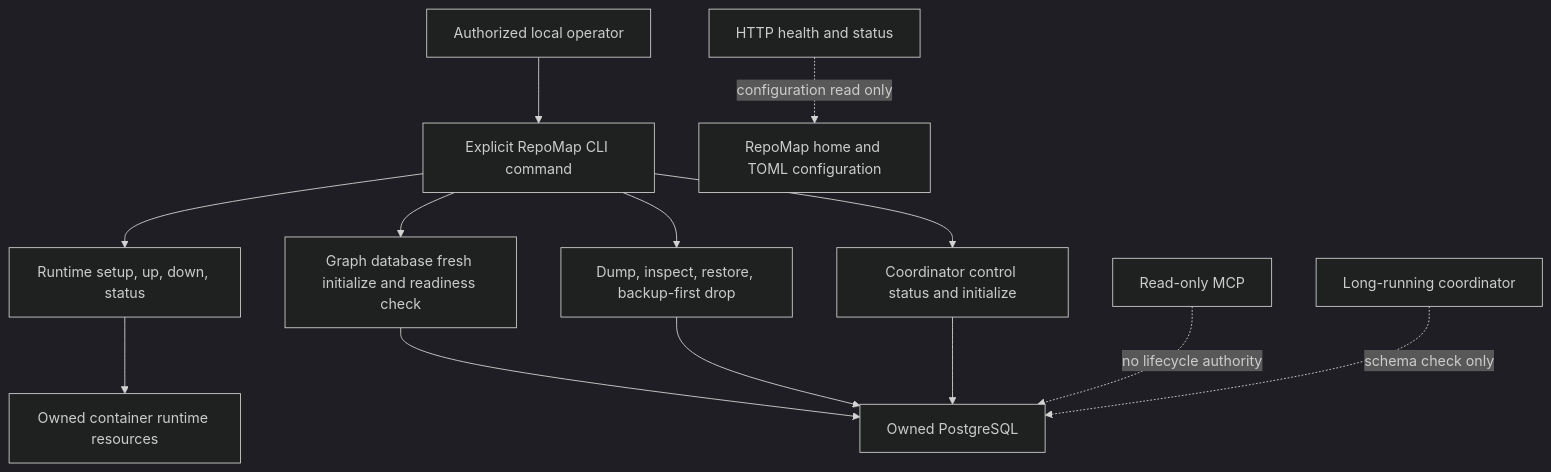
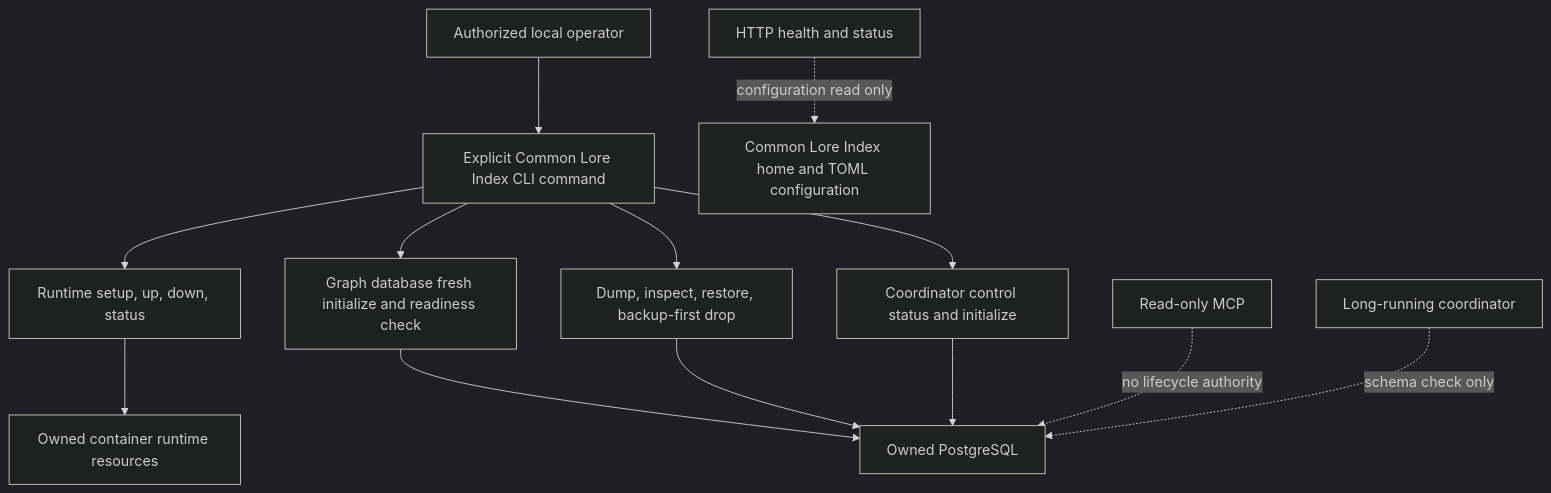
One commit to Knowledge-Forge-AI/repo-map changed the ninth of 10 diagrams in docs/specs/as-built-architecture.md. Above: the diagram before and after it, drawn with Mermaid (dark theme). The commit also changed other lines of this file and 149 other files, not shown here.

````diff
--- a/docs/specs/as-built-architecture.md
+++ b/docs/specs/as-built-architecture.md
@@ -1126,15 +1126,15 @@
 ```mermaid
 flowchart TB
-    User["Authorized local operator"] --> CLI["Explicit RepoMap CLI command"]
+    User["Authorized local operator"] --> CLI["Explicit Common Lore Index CLI command"]
     CLI --> Runtime["Runtime setup, up, down, status"]
     CLI --> GraphAdmin["Graph database fresh initialize and readiness check"]
     CLI --> Backup["Dump, inspect, restore, backup-first drop"]
     CLI --> ControlInit["Coordinator control status and initialize"]
     Runtime --> Container["Owned container runtime resources"]
     GraphAdmin --> PG["Owned PostgreSQL"]
     Backup --> PG
     ControlInit --> PG
     MCP["Read-only MCP"] -. "no lifecycle authority" .-> PG
-    HTTP["HTTP health and status"] -. "configuration read only" .-> Config["RepoMap home and TOML configuration"]
+    HTTP["HTTP health and status"] -. "configuration read only" .-> Config["Common Lore Index home and TOML configuration"]
     Coord["Long-running coordinator"] -. "schema check only" .-> PG
 ```
````
